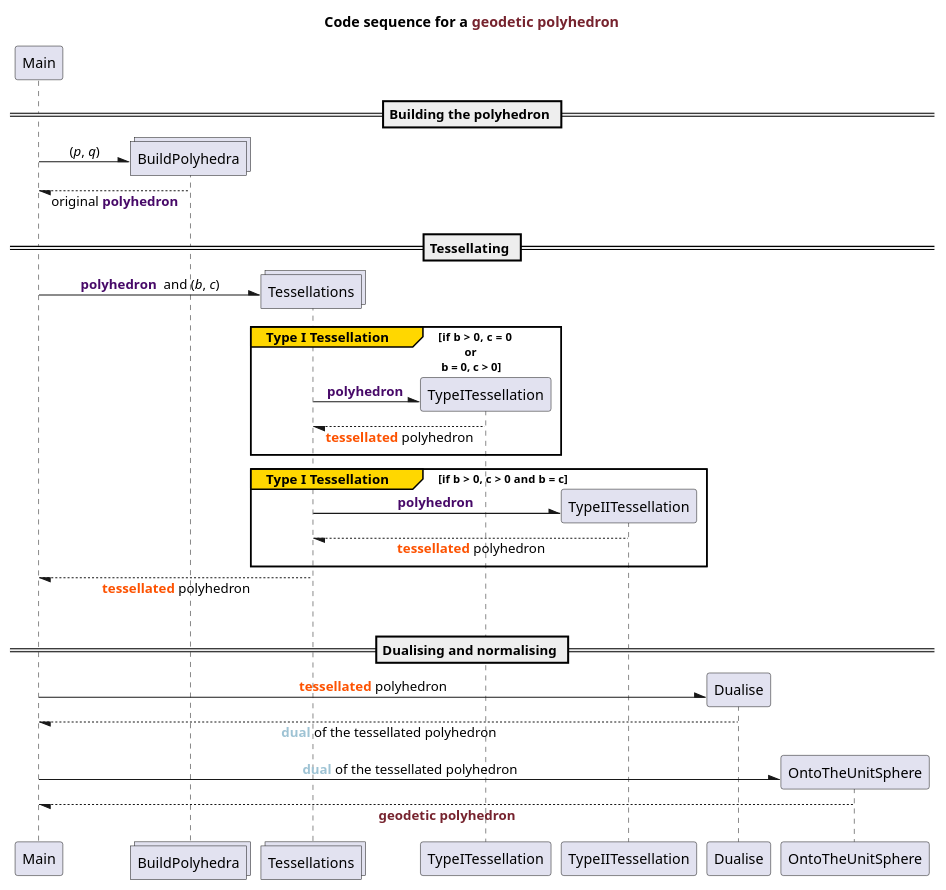
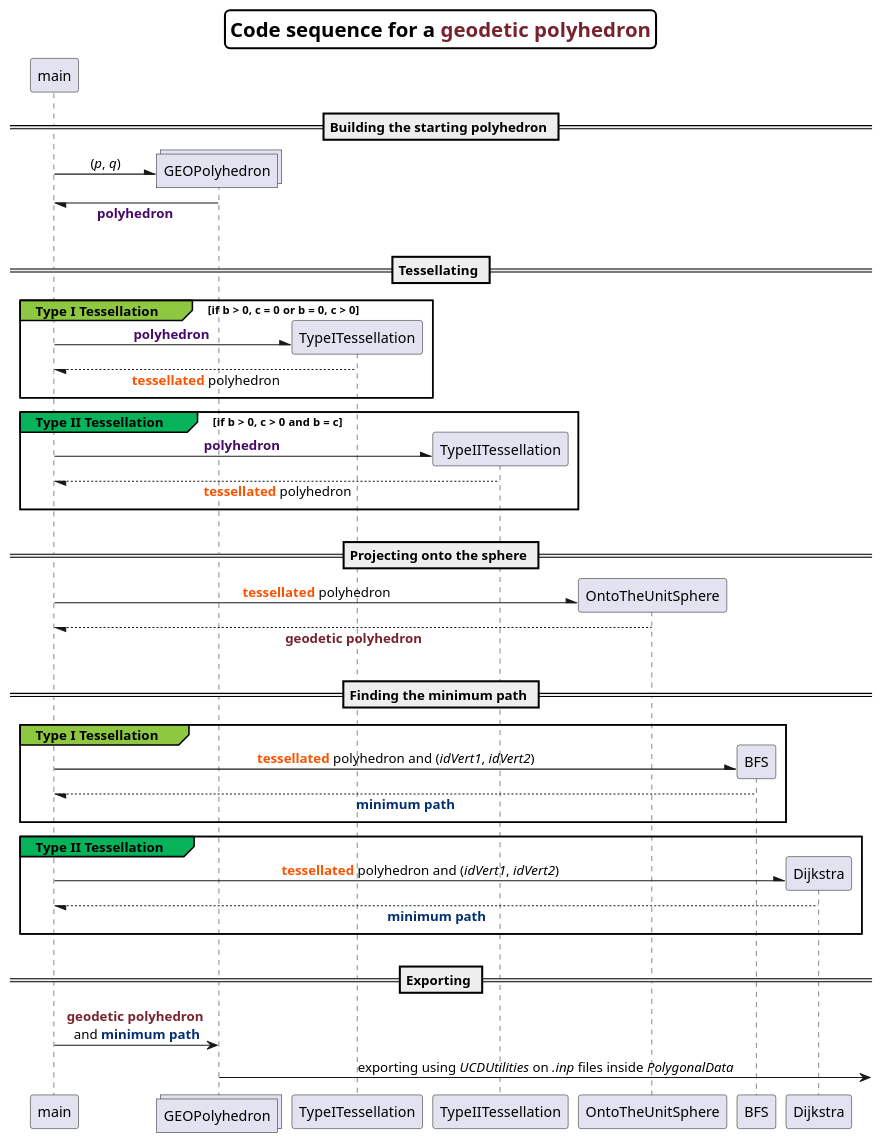
One commit to M4rc10n3/ProgettoPCS2025 changed the diagram in README.md. Above: the diagram before and after it, drawn with PlantUML. The commit also changed other lines of this file and 2 other files, not shown here.

Commit message:
Eliminating another useless method, FindAdjacentFaces, and updating the PlantUML documentation

```diff
--- a/README.md
+++ b/README.md
@@ -67,54 +73,69 @@
 @startuml
 'skinparam plain true
+skinparam titleBorderRoundCorner 10
+skinparam titleBorderThickness 2
+skinparam titleBorderColor black
+skinparam titleFontSize 20
 title Code sequence for a <color #76232E>geodetic polyhedron</color>
 skinparam sequenceMessageAlign center
 skinparam responseMessageBelowArrow true
-participant Main 
-collections BuildPolyhedra as BP
-collections Tessellations as Ts
+participant main as m
+collections GEOPolyhedron as GP
+'box "Tessellations algorithms" #C0DFB1
 participant TypeITessellation as TI
 participant TypeIITessellation as TII
-participant Dualise
+'end box
 participant OntoTheUnitSphere as OS
+'box "Minimum path \nfinding algorithms" #B5D1E8
+participant BFS
+participant Dijkstra as Dj
+'end box
 
 'separator for each major part of code
-== Building the polyhedron ==
+== Building the starting polyhedron ==
 
-Main -\ BP ** : (//p//, //q//)
-Main \-- BP : original **<color #470968>polyhedron</color>**
-'spacing
-||5||
+m -\ GP ** : (//p//, //q//)
+m \- GP : **<color #470968>polyhedron</color> **
+||15||
 == Tessellating ==
 
-Main -\ Ts ** : **<color #470968>polyhedron</color> ** and (//b//, //c//)
 'rnote over Ts #FDDE03 : Choosing the \n right tessellation
 
-group#Gold Type I Tessellation [if  b > 0, c = 0 \n         or\n b = 0, c > 0]
-    Ts -\ TI ** : **<color #470968>polyhedron</color> **
-    Ts \-- TI : **<color #FD5201>tessellated</color>** polyhedron
+group#8EC740 Type I Tessellation [if  b > 0, c = 0 or b = 0, c > 0]
+    m -\ TI ** : **<color #470968>polyhedron</color> **
+    m \-- TI : **<color #FD5201>tessellated</color>** polyhedron
     end
 
-group#Gold Type I Tessellation [if  b > 0, c > 0 and b = c]
-    Ts -\ TII ** : **<color #470968>polyhedron</color> **
-    Ts \-- TII : **<color #FD5201>tessellated</color>** polyhedron
+group#06B25A Type II Tessellation [if  b > 0, c > 0 and b = c]
+    m -\ TII ** : **<color #470968>polyhedron</color> **
+    m \-- TII : **<color #FD5201>tessellated</color>** polyhedron
     end
+||15|| 
 
-Main \-- Ts : **<color #FD5201>tessellated</color>** polyhedron
-||20|| 
-== Dualising and normalising ==
+== Projecting onto the sphere ==
 
-Main -\ Dualise ** : **<color #FD5201>tessellated</color>** polyhedron
-Main \-- Dualise : **<color #9EC3D4>dual</color>** of the tessellated polyhedron
+m -\ OS ** : **<color #FD5201>tessellated</color>** polyhedron
+m \-- OS : **<color #76232E>geodetic polyhedron</color>**
+||15|| 
 
-'spacing
-||5||
-Main -\ OS ** : **<color #9EC3D4>dual</color>** of the tessellated polyhedron
-Main \-- OS : **<color #76232E>geodetic polyhedron</color>**
+== Finding the minimum path ==
+group#8EC740 Type I Tessellation
+    m -\ BFS ** : **<color #FD5201>tessellated</color>** polyhedron and (//idVert1//, //idVert2//)
+    m \-- BFS : **<color #022F73>minimum path</color>** 
+    end
+    
+group#06B25A Type II Tessellation
+    m -\ Dj ** : **<color #FD5201>tessellated</color>** polyhedron and (//idVert1//, //idVert2//)
+    m \-- Dj : **<color #022F73>minimum path</color>** 
+    end
+    
+||15||
 
-
-
+== Exporting ==
+m -> GP : **<color #76232E>geodetic polyhedron</color>** \nand **<color #022F73>minimum path</color>** 
+GP ->]  ** : exporting using //UCDUtilities// on //.inp// files inside //PolygonalData//
 
 
 
 
 @enduml
```
